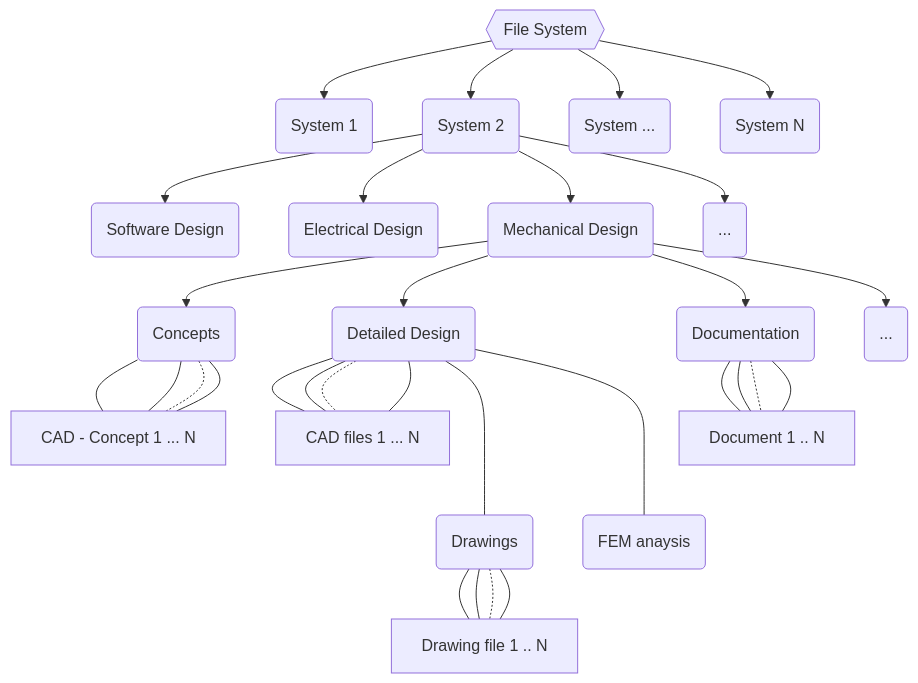
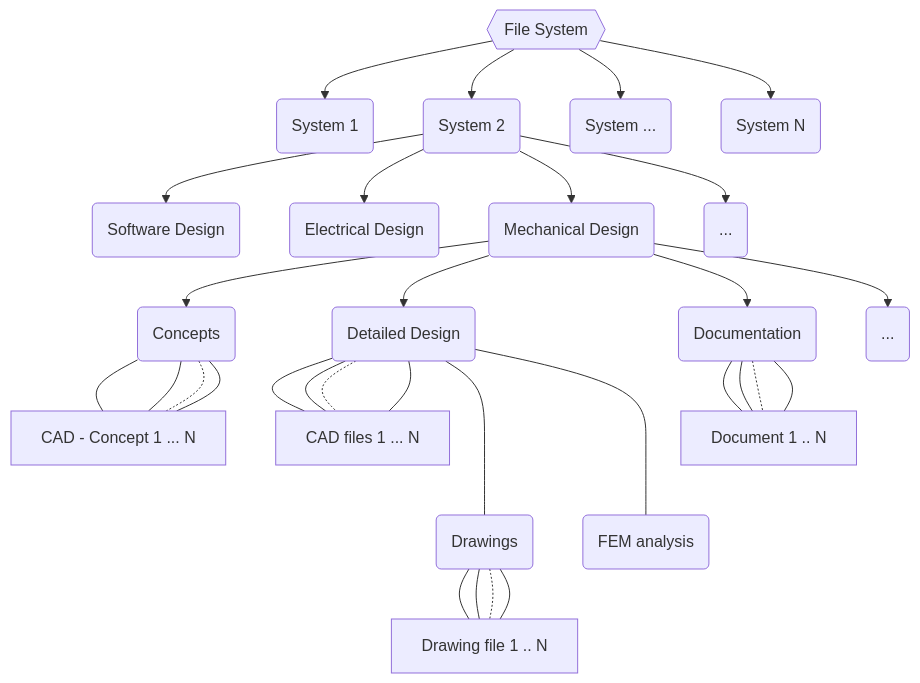
The fourth of 4 diagrams in ConceptOfDesign/FreePDM_03-2-SVNProjectStructure.md (grd/FreePDM), drawn with Mermaid before and after one commit. The commit also changed 15 other files, not shown here.

````diff
--- a/ConceptOfDesign/FreePDM_03-2-SVNProjectStructure.md
+++ b/ConceptOfDesign/FreePDM_03-2-SVNProjectStructure.md
@@ -191,33 +191,33 @@
 ```mermaid
   graph TD;
     A{{File System}} --> B(System 1);
     A{{File System}} --> C(System 2);
     A{{File System}} --> D(System ...);
     A{{File System}} --> E(System N);
     C --> F(Software Design);
     C --> G(Electrical Design);
     C --> H(Mechanical Design);
     C --> I(...);
     H --> J(Concepts);
     H --> K(Detailed Design);
     H --> L(Documentation);
     H --> M(...);
     J --- N[CAD - Concept 1 ... N];
     J --- N[CAD - Concept 1 ... N];
     J -.- N[CAD - Concept 1 ... N];
     J --- N[CAD - Concept 1 ... N];
     K --- O[CAD files 1 ... N];
     K --- O[CAD files 1 ... N];
     K -.- O[CAD files 1 ... N];
     K --- O[CAD files 1 ... N];
     K ----P(Drawings);
-    K ----Q(FEM anaysis);
+    K ----Q(FEM analysis);
     P --- R[Drawing file 1 .. N];
     P --- R[Drawing file 1 .. N];
     P -.- R[Drawing file 1 .. N];
     P --- R[Drawing file 1 .. N];
     L --- S[Document 1 .. N];
     L --- S[Document 1 .. N];
     L -.- S[Document 1 .. N];
     L --- S[Document 1 .. N];
 ```
````
